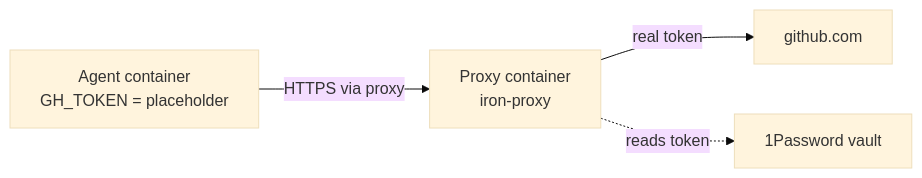
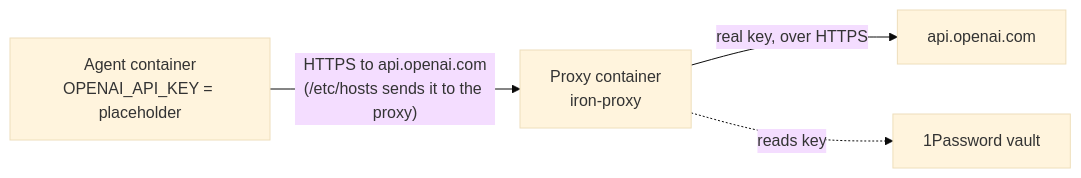
Before and after one commit to MixTapeSoftware/agent_incus: the second of 2 diagrams in README.md, drawn with Mermaid (base theme). The commit also changed other lines of this file and 5 other files, not shown here.

First line of the commit message:
feat(proxy): any API key, over a TLS-only proxy

````diff
--- a/README.md
+++ b/README.md
@@ -397,6 +399,6 @@
 ```mermaid
 graph LR
-    A["Agent container<br/>GH_TOKEN = placeholder"] -->|"HTTPS via proxy"| P["Proxy container<br/>iron-proxy"]
-    P -->|"real token"| G["github.com"]
-    P -.->|"reads token"| O["1Password vault"]
+    A["Agent container<br/>OPENAI_API_KEY = placeholder"] -->|"HTTPS to api.openai.com<br/>(/etc/hosts sends it to the proxy)"| P["Proxy container<br/>iron-proxy"]
+    P -->|"real key, over HTTPS"| G["api.openai.com"]
+    P -.->|"reads key"| O["1Password vault"]
 ```
````
